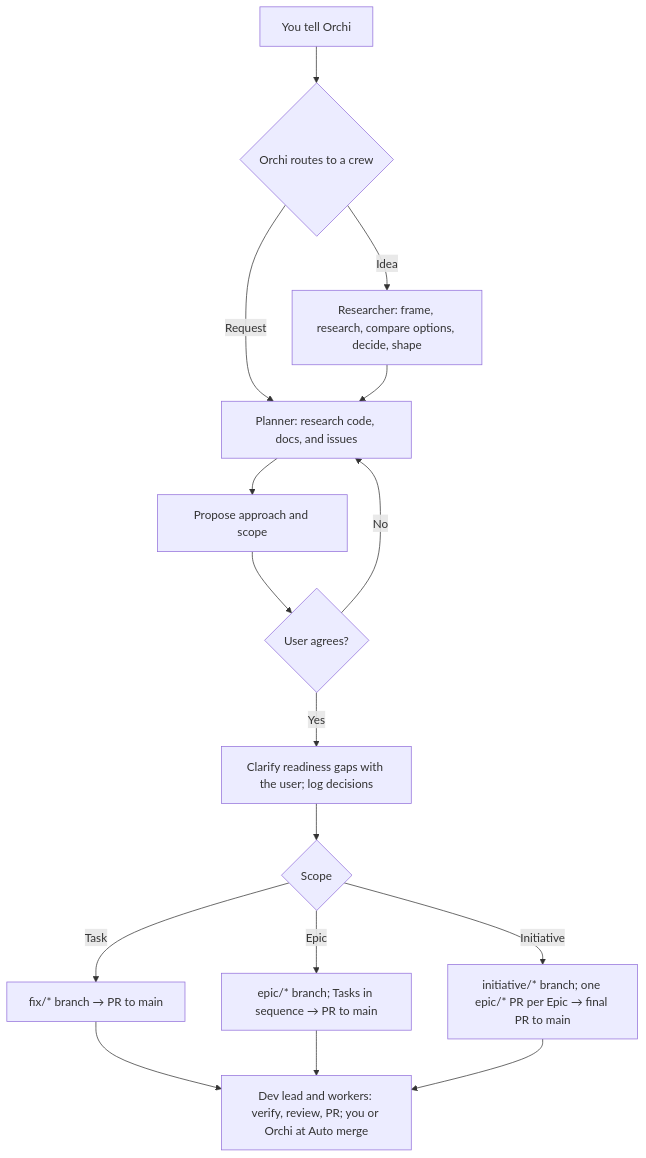
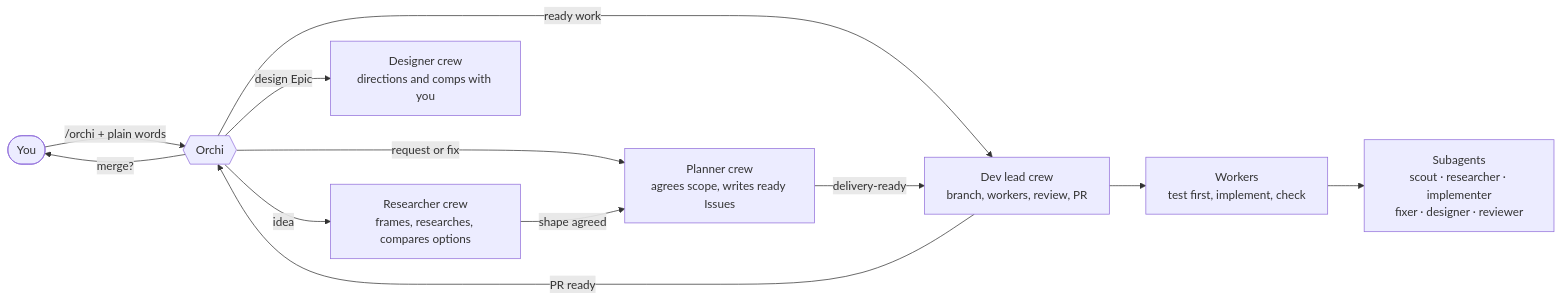
The diagram in README.md (nkhus/orchi), drawn with Mermaid before and after one commit. The commit also changed other lines of this file, not shown here.

First line of the commit message:
docs(readme): lead with /orchi and what stays the user's (#52)

````diff
--- a/README.md
+++ b/README.md
@@ -61,18 +86,14 @@
 ```mermaid
-flowchart TD
-    O[You tell Orchi] --> R{Orchi routes to a crew}
-    R -->|Idea| Y[Researcher: frame, research, compare options, decide, shape]
-    R -->|Request| B
-    Y --> B[Planner: research code, docs, and issues]
-    B --> C[Propose approach and scope]
-    C --> D{User agrees?}
-    D -->|No| B
-    D -->|Yes| Q[Clarify readiness gaps with the user; log decisions]
-    Q --> E{Scope}
-    E -->|Task| F[fix/* branch → PR to main]
-    E -->|Epic| G[epic/* branch; Tasks in sequence → PR to main]
-    E -->|Initiative| H[initiative/* branch; one epic/* PR per Epic → final PR to main]
-    F --> I[Dev lead and workers: verify, review, PR; you or Orchi at Auto merge]
-    G --> I
-    H --> I
+flowchart LR
+    U(["You"]) -->|"/orchi + plain words"| O{{"Orchi"}}
+    O -->|idea| R["Researcher crew<br/>frames, researches, compares options"]
+    O -->|request or fix| P["Planner crew<br/>agrees scope, writes ready Issues"]
+    O -->|design Epic| D["Designer crew<br/>directions and comps with you"]
+    O -->|ready work| L["Dev lead crew<br/>branch, workers, review, PR"]
+    R -->|shape agreed| P
+    P -->|delivery-ready| L
+    L --> W["Workers<br/>test first, implement, check"]
+    W --> S["Subagents<br/>scout · researcher · implementer<br/>fixer · designer · reviewer"]
+    L -->|PR ready| O
+    O -->|merge?| U
 ```
````
